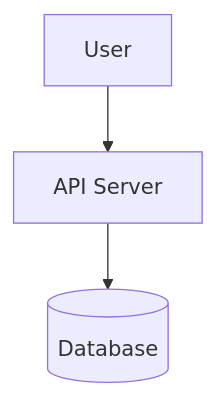
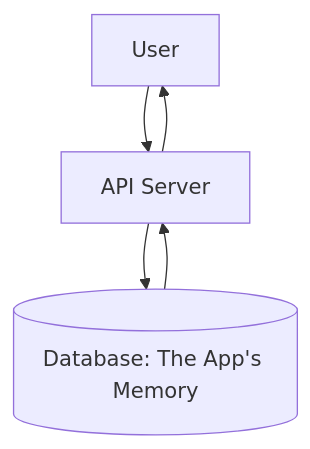
One commit to Param-Harrison/ebook-writer changed the first of 50 diagrams in books/know-the-why.md. Above: the diagram before and after it, drawn with Mermaid. The commit also changed other lines of this file and 56 other files, not shown here.

````diff
--- a/books/know-the-why.md
+++ b/books/know-the-why.md
@@ -67,4 +67,7 @@
 ```mermaid
 flowchart TB
-    User[User] --> API[API Server] --> DB[(Database)]
+    User[User] --> API[API Server]
+    API --> DB[(Database: The App's Memory)]
+    DB --> API
+    API --> User
 ```
````
